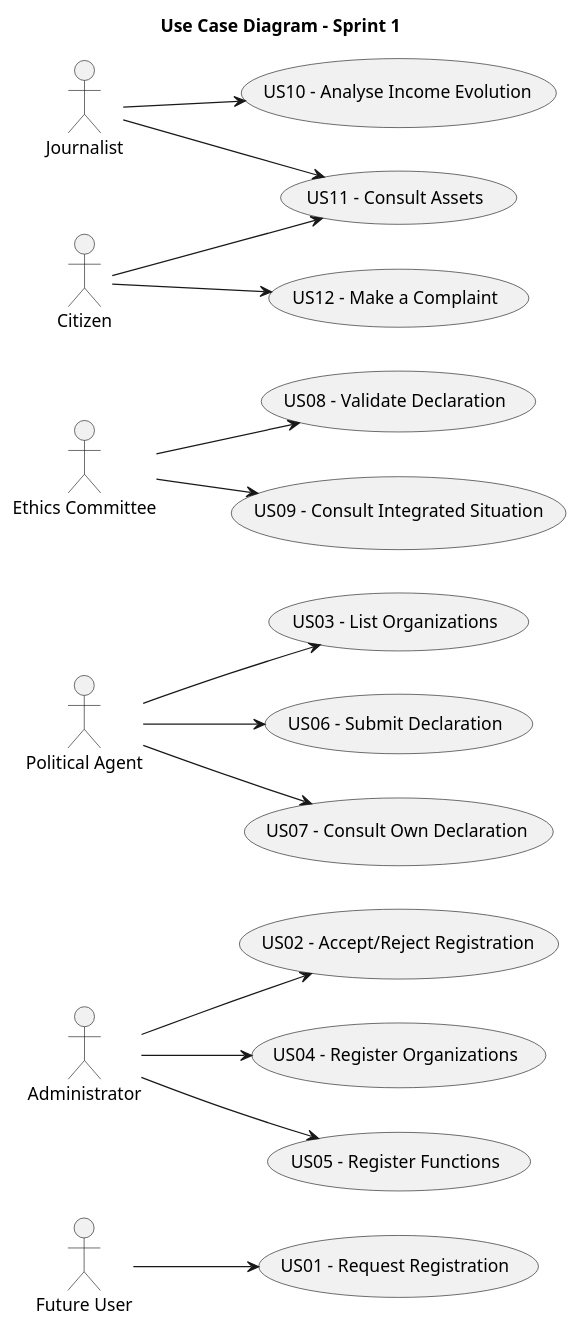
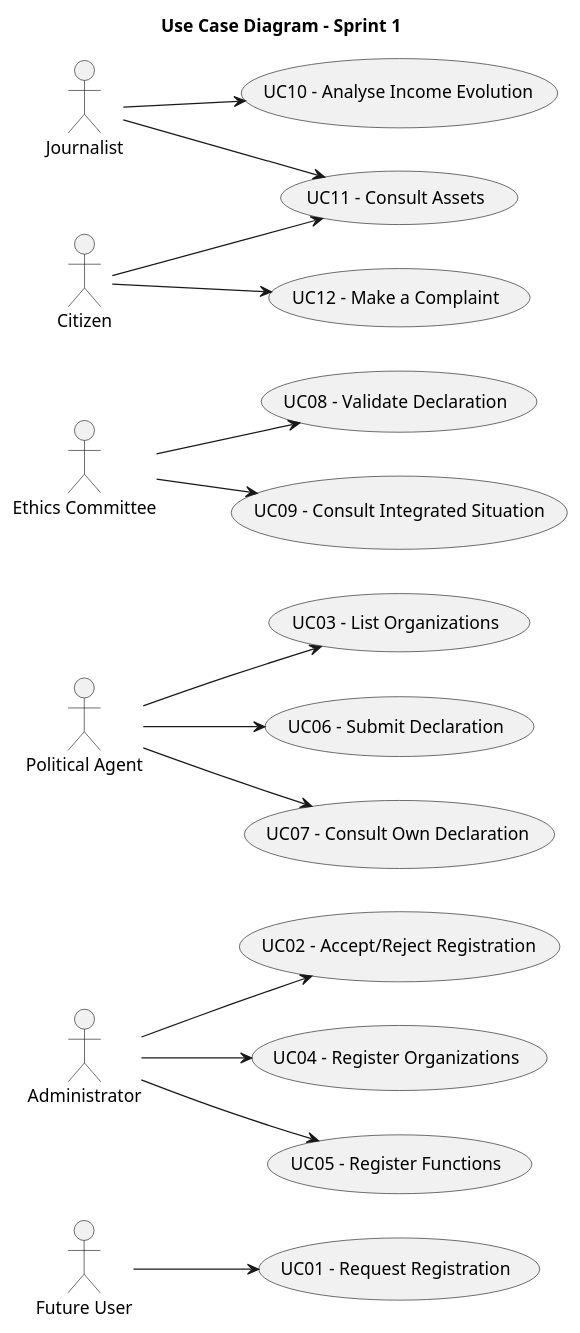
One commit to brunodspinto/crystal-clear-platform changed the diagram in docs/system-documentation/global-artifacts/01.requirements-engineering/puml/UCD.puml. Above: the diagram before and after it, drawn with PlantUML.

Commit message:
Changed US to UC on the UCD

```diff
--- a/docs/system-documentation/global-artifacts/01.requirements-engineering/puml/UCD.puml
+++ b/docs/system-documentation/global-artifacts/01.requirements-engineering/puml/UCD.puml
@@ -1,48 +1,48 @@
 @startuml
 skinparam monochrome true
 skinparam packageStyle rectangle
 skinparam shadowing false
 
 left to right direction
 
 title Use Case Diagram - Sprint 1
 
 actor "Future User" as FutureUser
 actor "Administrator" as Admin
 actor "Political Agent" as Agent
 actor "Ethics Committee" as Ethics
 actor "Journalist" as Journalist
 actor "Citizen" as Citizen
 
-usecase "US01 - Request Registration" as US01
-usecase "US02 - Accept/Reject Registration" as US02
-usecase "US03 - List Organizations" as US03
-usecase "US04 - Register Organizations" as US04
-usecase "US05 - Register Functions" as US05
-usecase "US06 - Submit Declaration" as US06
-usecase "US07 - Consult Own Declaration" as US07
-usecase "US08 - Validate Declaration" as US08
-usecase "US09 - Consult Integrated Situation" as US09
-usecase "US10 - Analyse Income Evolution" as US10
-usecase "US11 - Consult Assets" as US11
-usecase "US12 - Make a Complaint" as US12
+usecase "UC01 - Request Registration" as US01
+usecase "UC02 - Accept/Reject Registration" as US02
+usecase "UC03 - List Organizations" as US03
+usecase "UC04 - Register Organizations" as US04
+usecase "UC05 - Register Functions" as US05
+usecase "UC06 - Submit Declaration" as US06
+usecase "UC07 - Consult Own Declaration" as US07
+usecase "UC08 - Validate Declaration" as US08
+usecase "UC09 - Consult Integrated Situation" as US09
+usecase "UC10 - Analyse Income Evolution" as US10
+usecase "UC11 - Consult Assets" as US11
+usecase "UC12 - Make a Complaint" as US12
 
 FutureUser --> US01
 Admin --> US02
 Admin --> US04
 Admin --> US05
 
 Agent --> US03
 Agent --> US06
 Agent --> US07
 
 Ethics --> US08
 Ethics --> US09
 
 Journalist --> US10
 Journalist --> US11
 
 Citizen --> US11
 Citizen --> US12
 
 @enduml
```
